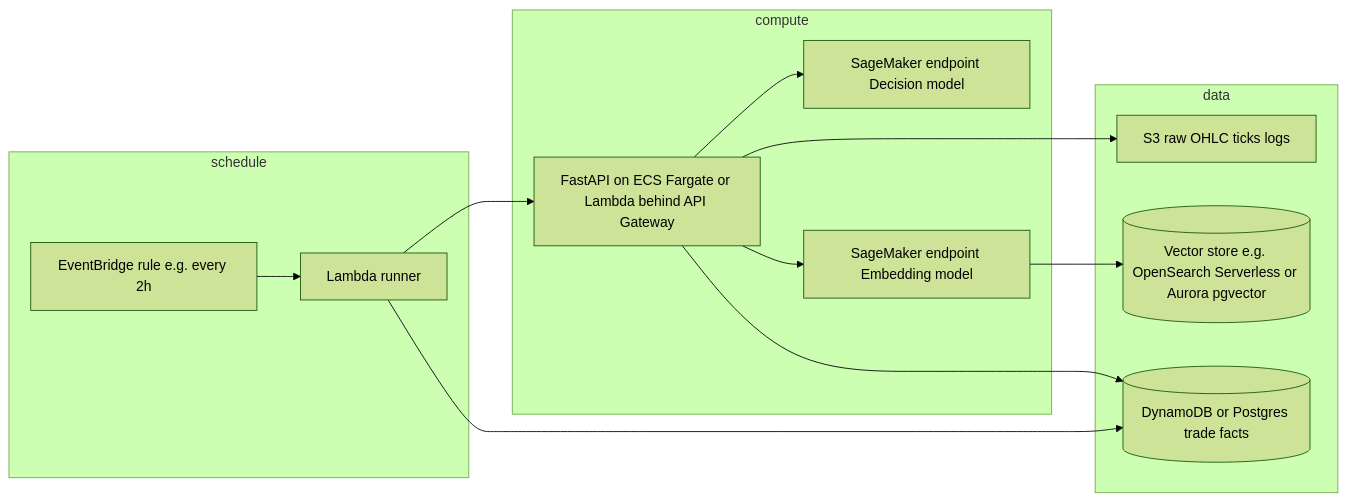
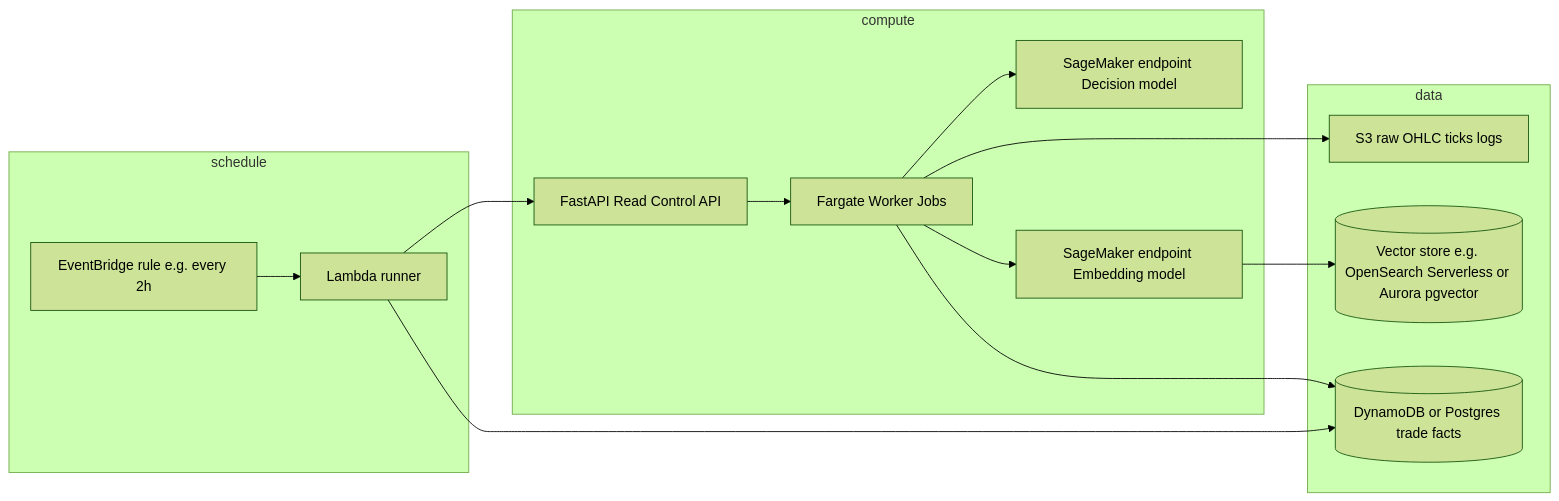
One commit to shehan-jayasinghe/ai_trading_bots changed the first of 2 diagrams in docs/architecture-deriv-multi-agent.md. Above: the diagram before and after it, drawn with Mermaid (forest theme). The commit also changed other lines of this file and 19 other files, not shown here.

````diff
--- a/docs/architecture-deriv-multi-agent.md
+++ b/docs/architecture-deriv-multi-agent.md
@@ -62,25 +63,27 @@
 ```mermaid
 flowchart LR
   subgraph schedule
     EB[EventBridge rule e.g. every 2h]
     L[Lambda runner]
   end
   subgraph compute
-    API[FastAPI on ECS Fargate or Lambda behind API Gateway]
+    API[FastAPI Read Control API]
+    WKR[Fargate Worker Jobs]
     SMdec[SageMaker endpoint Decision model]
     SMemb[SageMaker endpoint Embedding model]
   end
   subgraph data
     S3[S3 raw OHLC ticks logs]
     VDB[(Vector store e.g. OpenSearch Serverless or Aurora pgvector)]
     DDB[(DynamoDB or Postgres trade facts)]
   end
   EB --> L
   L --> API
-  API --> SMdec
-  API --> SMemb
-  API --> S3
+  API --> WKR
+  WKR --> SMdec
+  WKR --> SMemb
+  WKR --> S3
+  WKR --> DDB
   SMemb --> VDB
-  API --> DDB
   L --> DDB
 ```
````
